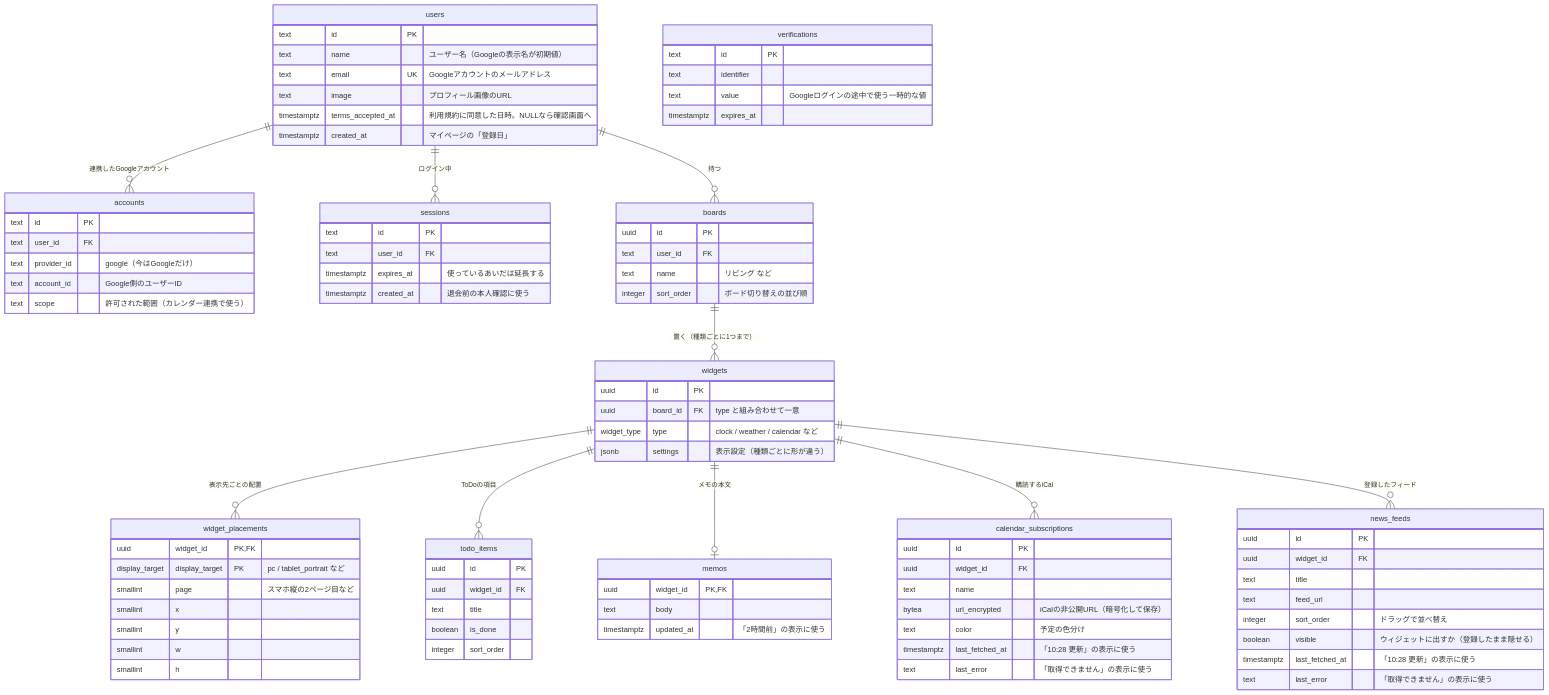
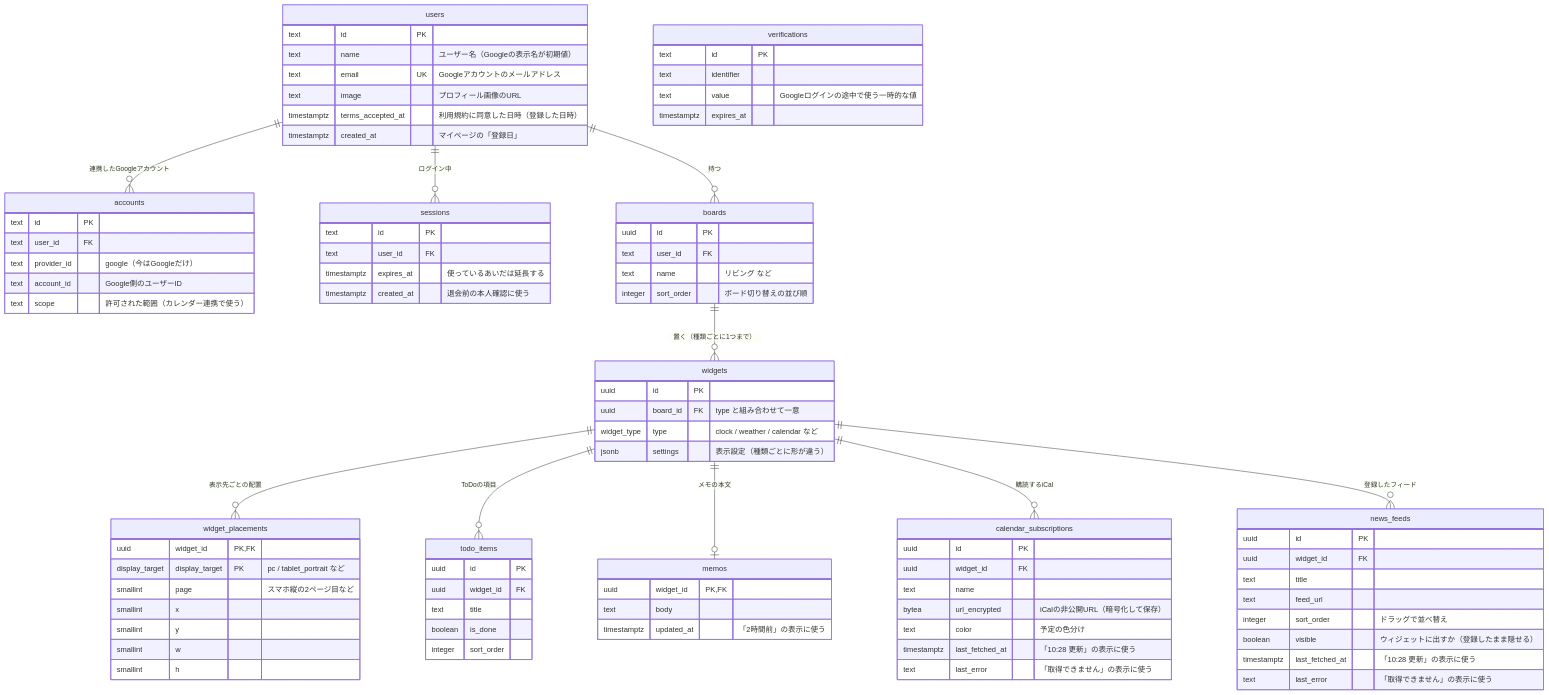
Before and after one commit to yt107/mado: the diagram in docs/er.md, drawn with Mermaid. The commit also changed other lines of this file and 29 other files, not shown here.

```diff
--- a/docs/er.md
+++ b/docs/er.md
@@ -35,7 +35,7 @@
     text name "ユーザー名（Googleの表示名が初期値）"
     text email UK "Googleアカウントのメールアドレス"
     text image "プロフィール画像のURL"
-    timestamptz terms_accepted_at "利用規約に同意した日時。NULLなら確認画面へ"
+    timestamptz terms_accepted_at "利用規約に同意した日時（登録した日時）"
     timestamptz created_at "マイページの「登録日」"
   }
   accounts {
```
